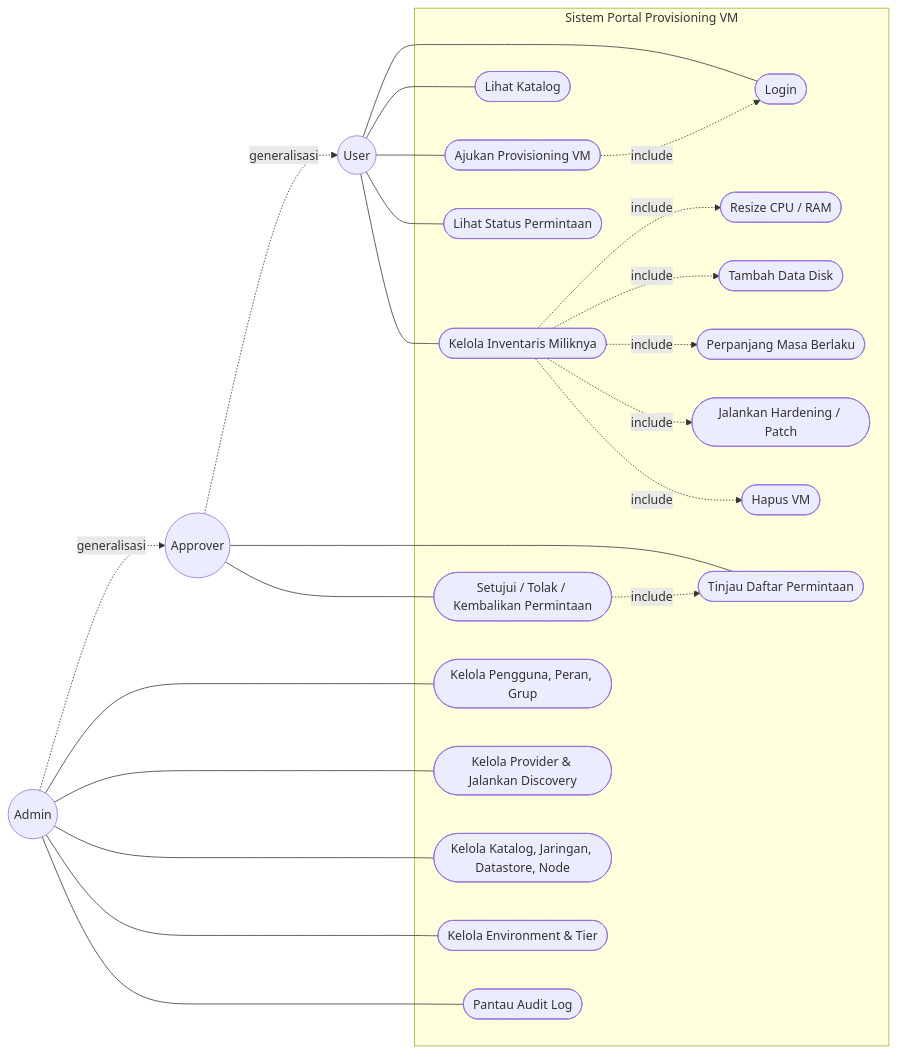
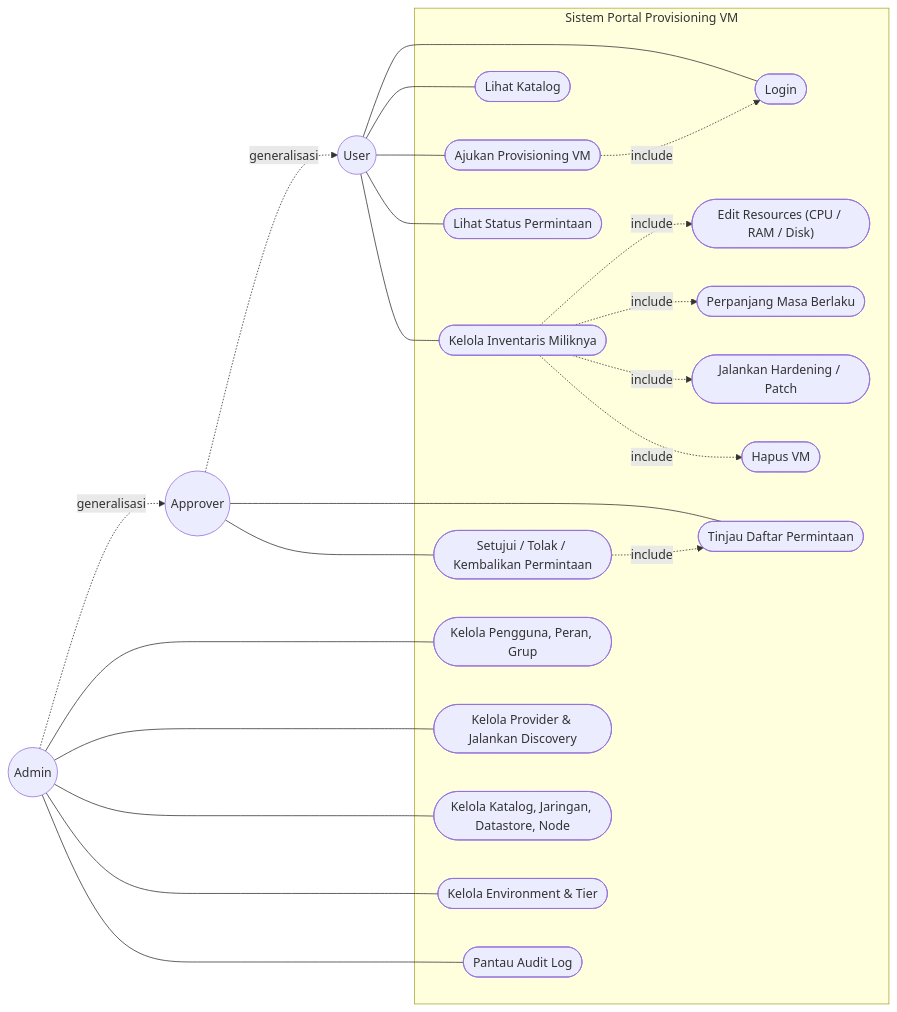
One commit to ardyxmr/skripsi changed the diagram in diagram-3-3-use-case.md. Above: the diagram before and after it, drawn with Mermaid. The commit also changed 3 other files, not shown here.

````diff
--- a/diagram-3-3-use-case.md
+++ b/diagram-3-3-use-case.md
@@ -8,52 +8,50 @@
 ```mermaid
 graph LR
     User((User))
     Approver((Approver))
     Admin((Admin))
     Approver -.->|generalisasi| User
     Admin -.->|generalisasi| Approver
 
     subgraph SYS [Sistem Portal Provisioning VM]
         UC_login(["Login"])
         UC_katalog(["Lihat Katalog"])
         UC_request(["Ajukan Provisioning VM"])
         UC_status(["Lihat Status Permintaan"])
         UC_inv(["Kelola Inventaris Miliknya"])
-        UC_resize(["Resize CPU / RAM"])
-        UC_disk(["Tambah Data Disk"])
+        UC_edit(["Edit Resources (CPU / RAM / Disk)"])
         UC_renew(["Perpanjang Masa Berlaku"])
         UC_harden(["Jalankan Hardening / Patch"])
         UC_delete(["Hapus VM"])
 
         UC_review(["Tinjau Daftar Permintaan"])
         UC_decide(["Setujui / Tolak / Kembalikan Permintaan"])
 
         UC_users(["Kelola Pengguna, Peran, Grup"])
         UC_provider(["Kelola Provider & Jalankan Discovery"])
         UC_publish(["Kelola Katalog, Jaringan, Datastore, Node"])
         UC_envtier(["Kelola Environment & Tier"])
         UC_audit(["Pantau Audit Log"])
     end
 
     User --- UC_login
     User --- UC_katalog
     User --- UC_request
     User --- UC_status
     User --- UC_inv
-    UC_inv -.->|include| UC_resize
-    UC_inv -.->|include| UC_disk
+    UC_inv -.->|include| UC_edit
     UC_inv -.->|include| UC_renew
     UC_inv -.->|include| UC_harden
     UC_inv -.->|include| UC_delete
     UC_request -.->|include| UC_login
 
     Approver --- UC_review
     Approver --- UC_decide
     UC_decide -.->|include| UC_review
 
     Admin --- UC_users
     Admin --- UC_provider
     Admin --- UC_publish
     Admin --- UC_envtier
     Admin --- UC_audit
 ```
````
